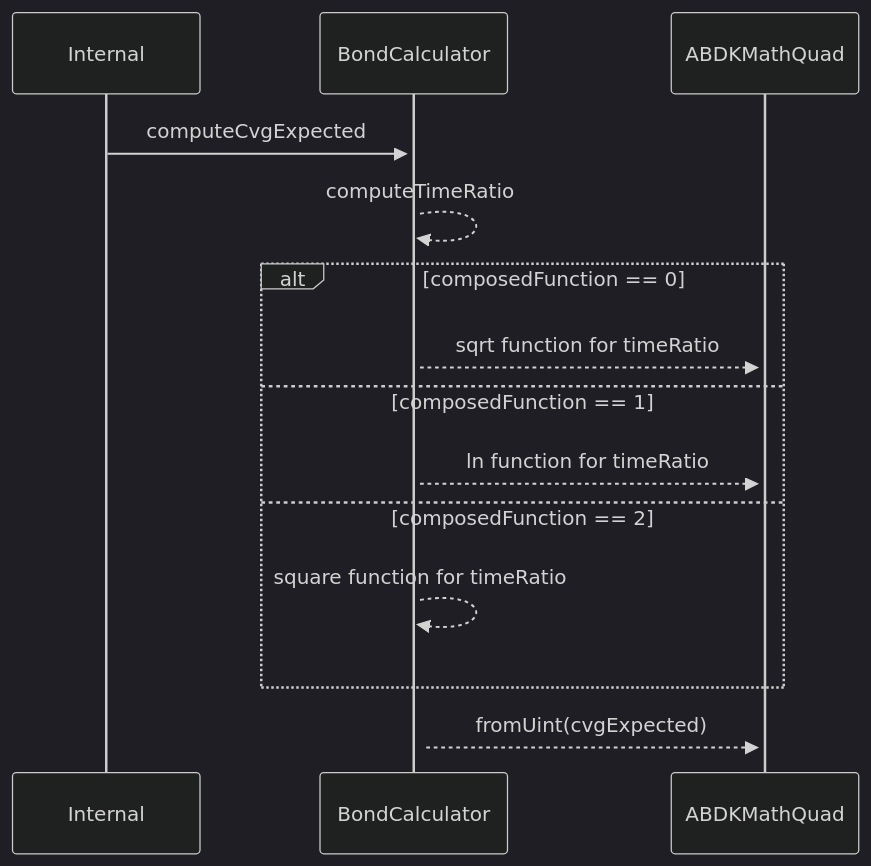
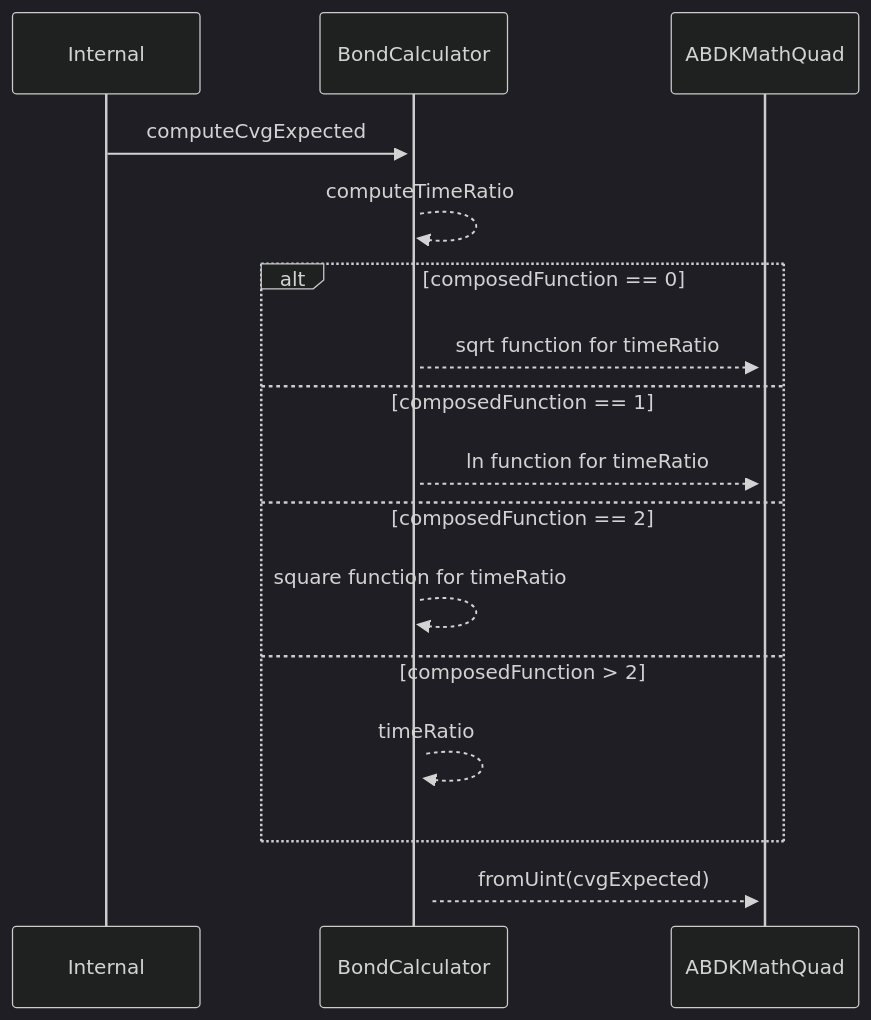
One commit to hats-finance/Convergence-Finance---IBO-0x0e410e7af8e70fc5bffcdbfbdf1673ee7b3d0777 changed the second of 5 diagrams in technical-docs/BondCalculator.md. Above: the diagram before and after it, drawn with Mermaid (dark theme). The commit also changed other lines of this file and 9 other files, not shown here.

````diff
--- a/technical-docs/BondCalculator.md
+++ b/technical-docs/BondCalculator.md
@@ -38,13 +38,15 @@
 ```mermaid
 sequenceDiagram
     Internal->>+BondCalculator: computeCvgExpected
     BondCalculator-->>BondCalculator : computeTimeRatio
     alt composedFunction == 0
     BondCalculator-->>+ABDKMathQuad: sqrt function for timeRatio
     else composedFunction == 1
     BondCalculator-->>+ABDKMathQuad: ln function for timeRatio
     else composedFunction == 2
     BondCalculator-->>+BondCalculator: square function for timeRatio
+    else composedFunction > 2
+    BondCalculator-->>+BondCalculator: timeRatio
     end
     BondCalculator-->>+ABDKMathQuad: fromUint(cvgExpected)
 ```
````
